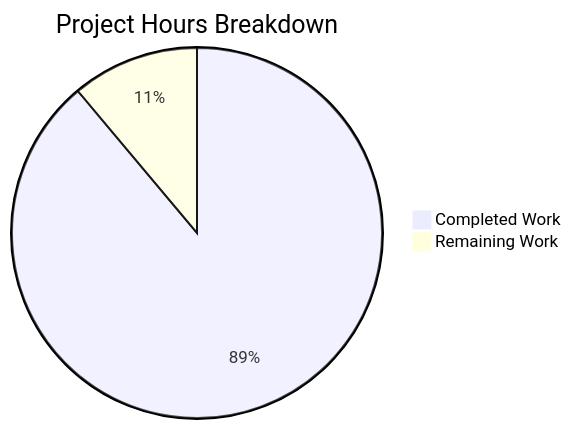
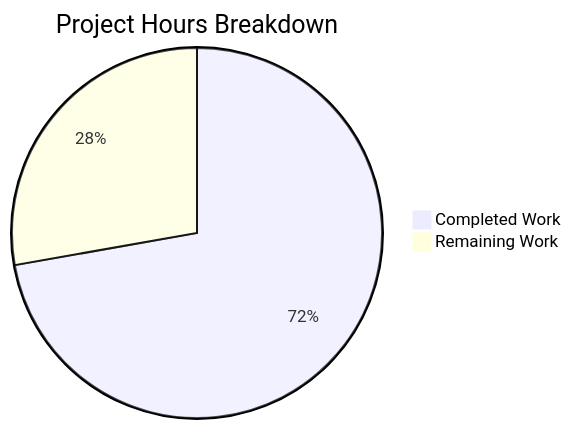
The diagram in blitzy/documentation/Project Guide.md (Sandeep01Kumar/SK-30-JAN), drawn with Mermaid before and after one commit. The commit also changed other lines of this file, not shown here.

Commit message:
Adding Blitzy Project Guide: Project Status and Human Tasks Remaining

````diff
--- a/blitzy/documentation/Project Guide.md
+++ b/blitzy/documentation/Project Guide.md
@@ -52,5 +107,5 @@
 ```mermaid
 pie title Project Hours Breakdown
-    "Completed Work" : 16
-    "Remaining Work" : 2
+    "Completed Work" : 13
+    "Remaining Work" : 5
 ```
````
